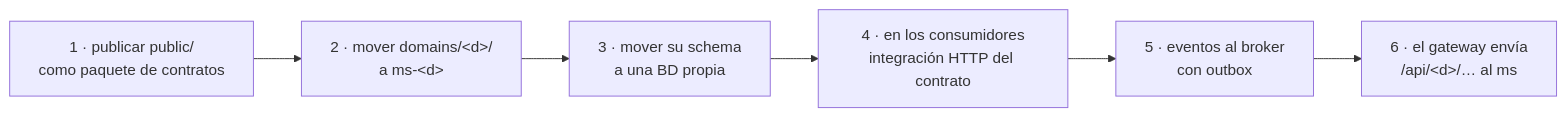
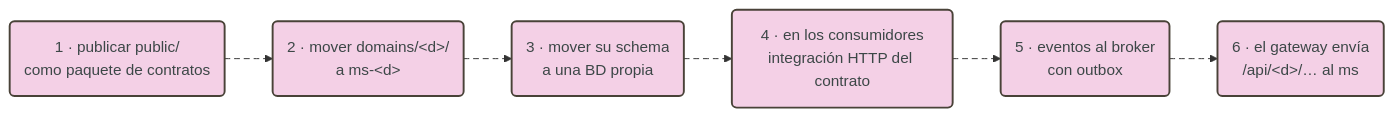
One commit to pcarroza91/nest-template changed the third of 3 diagrams in docs/architecture/modular-monolith.md. Above: the diagram before and after it, drawn with Mermaid. The commit also changed other lines of this file and 2 other files, not shown here.

First line of the commit message:
docs(architecture): aplica el estilo pastel por rol a los diagramas Mermaid

````diff
--- a/docs/architecture/modular-monolith.md
+++ b/docs/architecture/modular-monolith.md
@@ -358,8 +364,12 @@
 ```mermaid
 flowchart LR
-    A["1 · publicar public/<br/>como paquete de contratos"] --> B["2 · mover domains/&lt;d&gt;/<br/>a ms-&lt;d&gt;"]
-    B --> C["3 · mover su schema<br/>a una BD propia"]
-    C --> D["4 · en los consumidores<br/>integración HTTP del contrato"]
-    D --> E["5 · eventos al broker<br/>con outbox"]
-    E --> F["6 · el gateway envía<br/>/api/&lt;d&gt;/… al ms"]
+    A("1 · publicar public/<br/>como paquete de contratos") --> B("2 · mover domains/&lt;d&gt;/<br/>a ms-&lt;d&gt;")
+    B --> C("3 · mover su schema<br/>a una BD propia")
+    C --> D("4 · en los consumidores<br/>integración HTTP del contrato")
+    D --> E("5 · eventos al broker<br/>con outbox")
+    E --> F("6 · el gateway envía<br/>/api/&lt;d&gt;/… al ms")
+
+    classDef flow fill:#f4d0e6,stroke:#494238,stroke-width:2px,color:#3c4747
+    class A,B,C,D,E,F flow
+    linkStyle default stroke-dasharray:6 4
 ```
````
